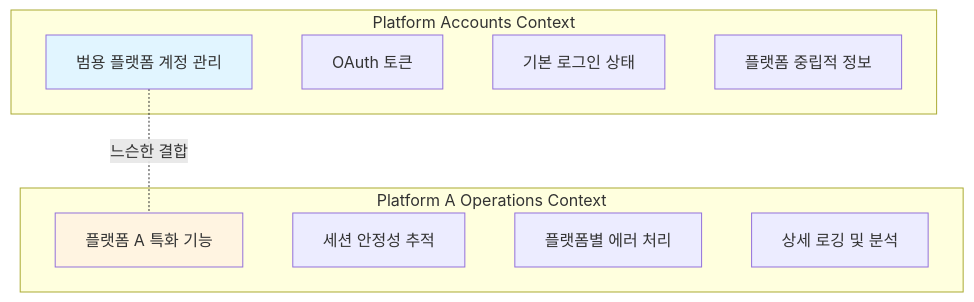
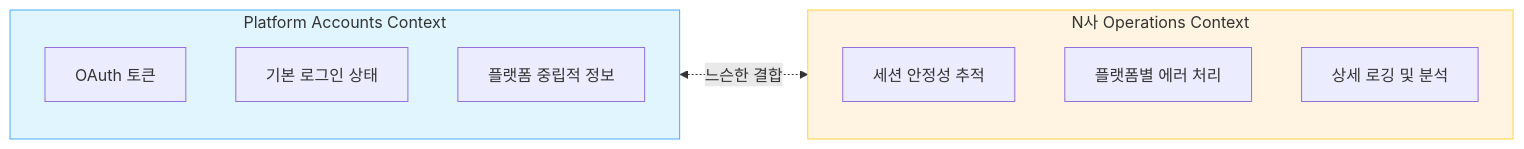
Before and after one commit to PreAgile/astro-paper: the first of 3 diagrams in src/data/blog/multi-platform-database-design-deep-dive.md, drawn with Mermaid. The commit also changed other lines of this file and 1 other file, not shown here.

````diff
--- a/src/data/blog/multi-platform-database-design-deep-dive.md
+++ b/src/data/blog/multi-platform-database-design-deep-dive.md
@@ -252,21 +137,19 @@
 ```mermaid
-graph TB
-    subgraph "Platform Accounts Context"
-        A[범용 플랫폼 계정 관리]
-        A1[OAuth 토큰]
-        A2[기본 로그인 상태]
-        A3[플랫폼 중립적 정보]
+flowchart LR
+    subgraph ctx1["Platform Accounts Context"]
+        A1["OAuth 토큰"]
+        A2["기본 로그인 상태"]
+        A3["플랫폼 중립적 정보"]
     end
 
-    subgraph "Platform A Operations Context"
-        B[플랫폼 A 특화 기능]
-        B1[세션 안정성 추적]
-        B2[플랫폼별 에러 처리]
-        B3[상세 로깅 및 분석]
+    subgraph ctx2["N사 Operations Context"]
+        B1["세션 안정성 추적"]
+        B2["플랫폼별 에러 처리"]
+        B3["상세 로깅 및 분석"]
     end
 
-    A -.느슨한 결합.- B
+    ctx1 <-.->|느슨한 결합| ctx2
 
-    style A fill:#e1f5ff
-    style B fill:#fff4e1
+    style ctx1 fill:#e1f5ff,stroke:#4dabf7
+    style ctx2 fill:#fff4e1,stroke:#ffd43b
 ```
````
